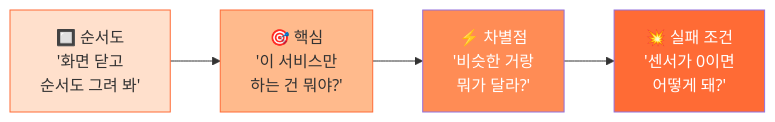
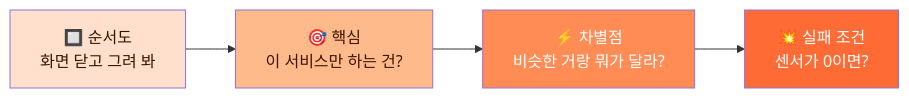
The seventh of 15 diagrams in 틴스파크AI_기획문서.md (Collegenie-X/askback), drawn with Mermaid before and after one commit. The commit also changed other lines of this file and 23 other files, not shown here.

````diff
--- a/틴스파크AI_기획문서.md
+++ b/틴스파크AI_기획문서.md
@@ -172,14 +265,8 @@
 ```mermaid
 flowchart LR
-  T1["🔲 순서도<br/>'화면 닫고<br/>순서도 그려 봐'"]
-  T2["🎯 핵심<br/>'이 서비스만<br/>하는 건 뭐야?'"]
-  T3["⚡ 차별점<br/>'비슷한 거랑<br/>뭐가 달라?'"]
-  T4["💥 실패 조건<br/>'센서가 0이면<br/>어떻게 돼?'"]
-
-  T1 --> T2 --> T3 --> T4
-
-  style T1 fill:#FFE0CC,stroke:#FF6B35
-  style T2 fill:#FFBA8C,stroke:#FF6B35
-  style T3 fill:#FF8C55,color:#fff
-  style T4 fill:#FF6B35,color:#fff
+  T1["🔲 순서도<br/>화면 닫고 그려 봐"] --> T2["🎯 핵심<br/>이 서비스만 하는 건?"] --> T3["⚡ 차별점<br/>비슷한 거랑 뭐가 달라?"] --> T4["💥 실패 조건<br/>센서가 0이면?"]
+  style T1 fill:#FFE0CC,color:#3a1500
+  style T2 fill:#FFBA8C,color:#3a1500
+  style T3 fill:#FF8C55,color:#ffffff
+  style T4 fill:#FF6B35,color:#ffffff
 ```
````
